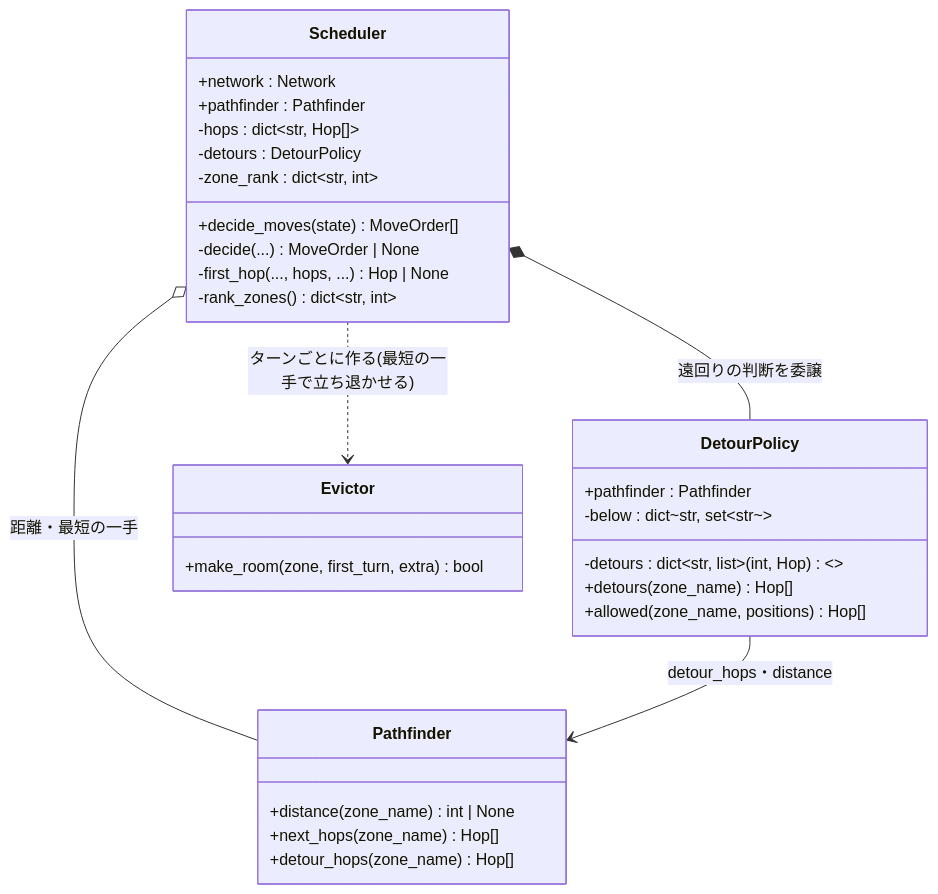
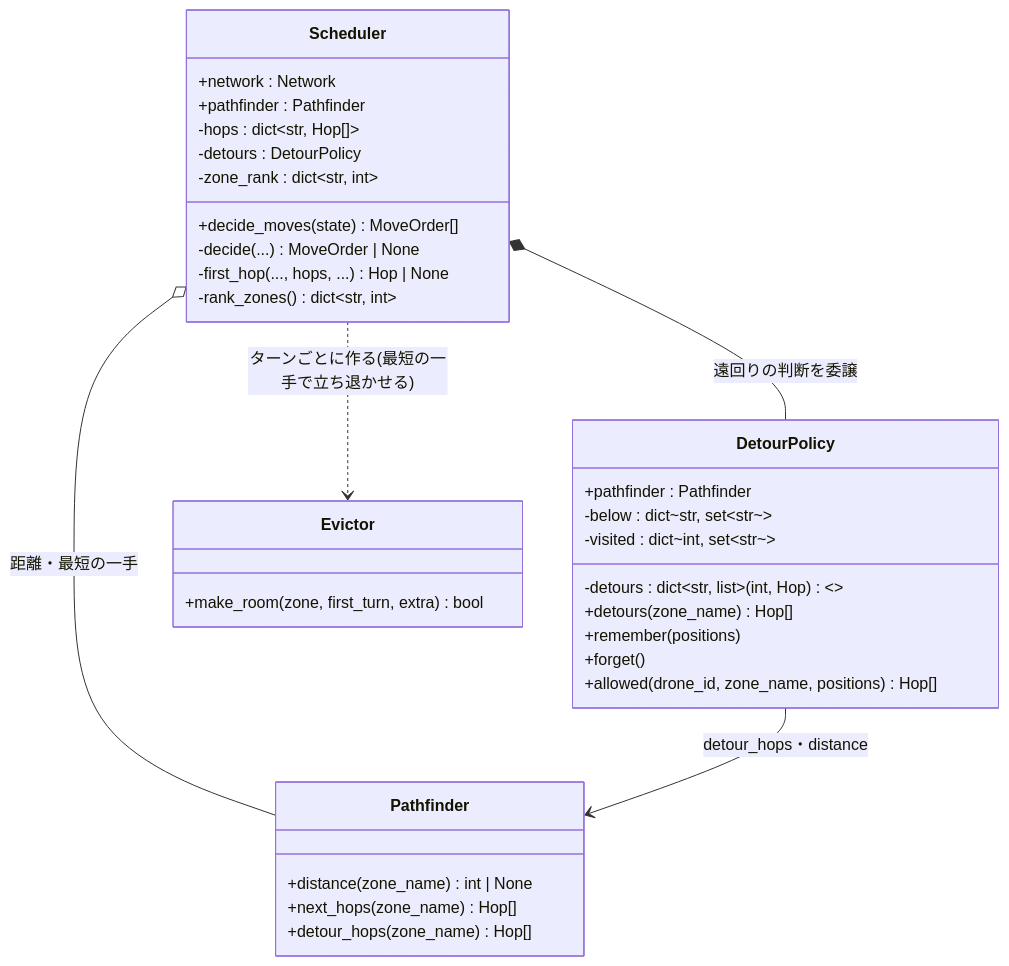
One commit to saikawakiruya-droid/fly_in changed the first of 3 diagrams in docs/research/2026-10-20_workflow-detour-hops.md. Above: the diagram before and after it, drawn with Mermaid. The commit also changed other lines of this file and 1 other file, not shown here.

Commit message:
Record the visited-zone detour rule in decisions and the workflow

````diff
--- a/docs/research/2026-10-20_workflow-detour-hops.md
+++ b/docs/research/2026-10-20_workflow-detour-hops.md
@@ -20,34 +22,37 @@
 ```mermaid
 classDiagram
     class Pathfinder {
         +distance(zone_name) int | None
         +next_hops(zone_name) Hop[]
         +detour_hops(zone_name) Hop[]
     }
     class DetourPolicy {
         +pathfinder : Pathfinder
         -detours : dict~str, list~(int, Hop)~~
         -below : dict~str, set~str~~
+        -visited : dict~int, set~str~~
         +detours(zone_name) Hop[]
-        +allowed(zone_name, positions) Hop[]
+        +remember(positions)
+        +forget()
+        +allowed(drone_id, zone_name, positions) Hop[]
     }
     class Scheduler {
         +network : Network
         +pathfinder : Pathfinder
         -hops : dict~str, Hop[]~
         -detours : DetourPolicy
         -zone_rank : dict~str, int~
         +decide_moves(state) MoveOrder[]
         -decide(...) MoveOrder | None
         -first_hop(..., hops, ...) Hop | None
         -rank_zones() dict~str, int~
     }
     class Evictor {
         +make_room(zone, first_turn, extra) bool
     }
 
     Scheduler o-- Pathfinder : 距離・最短の一手
     Scheduler *-- DetourPolicy : 遠回りの判断を委譲
     DetourPolicy --> Pathfinder : detour_hops・distance
     Scheduler ..> Evictor : ターンごとに作る(最短の一手で立ち退かせる)
 ```
````
